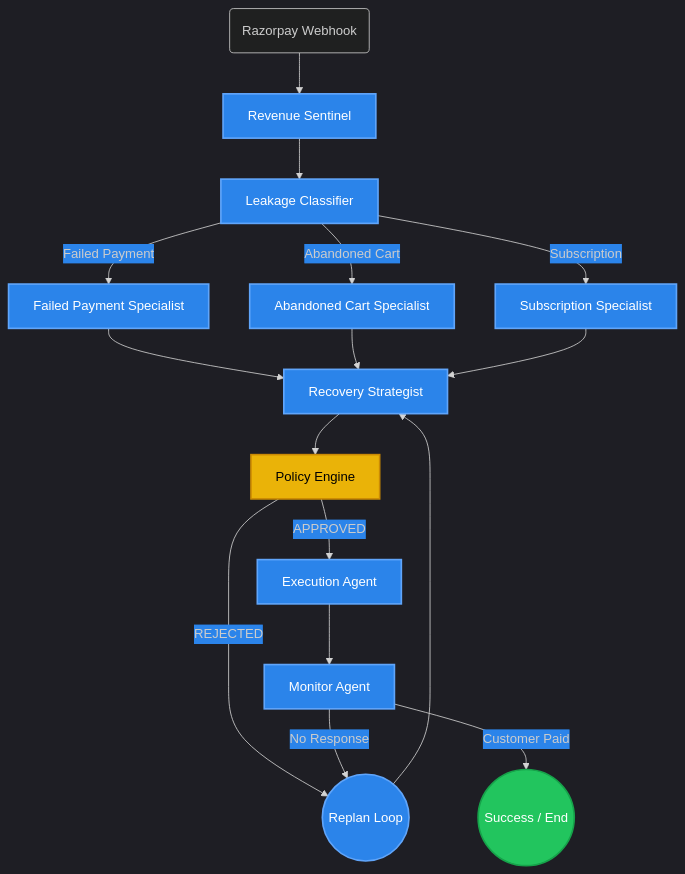
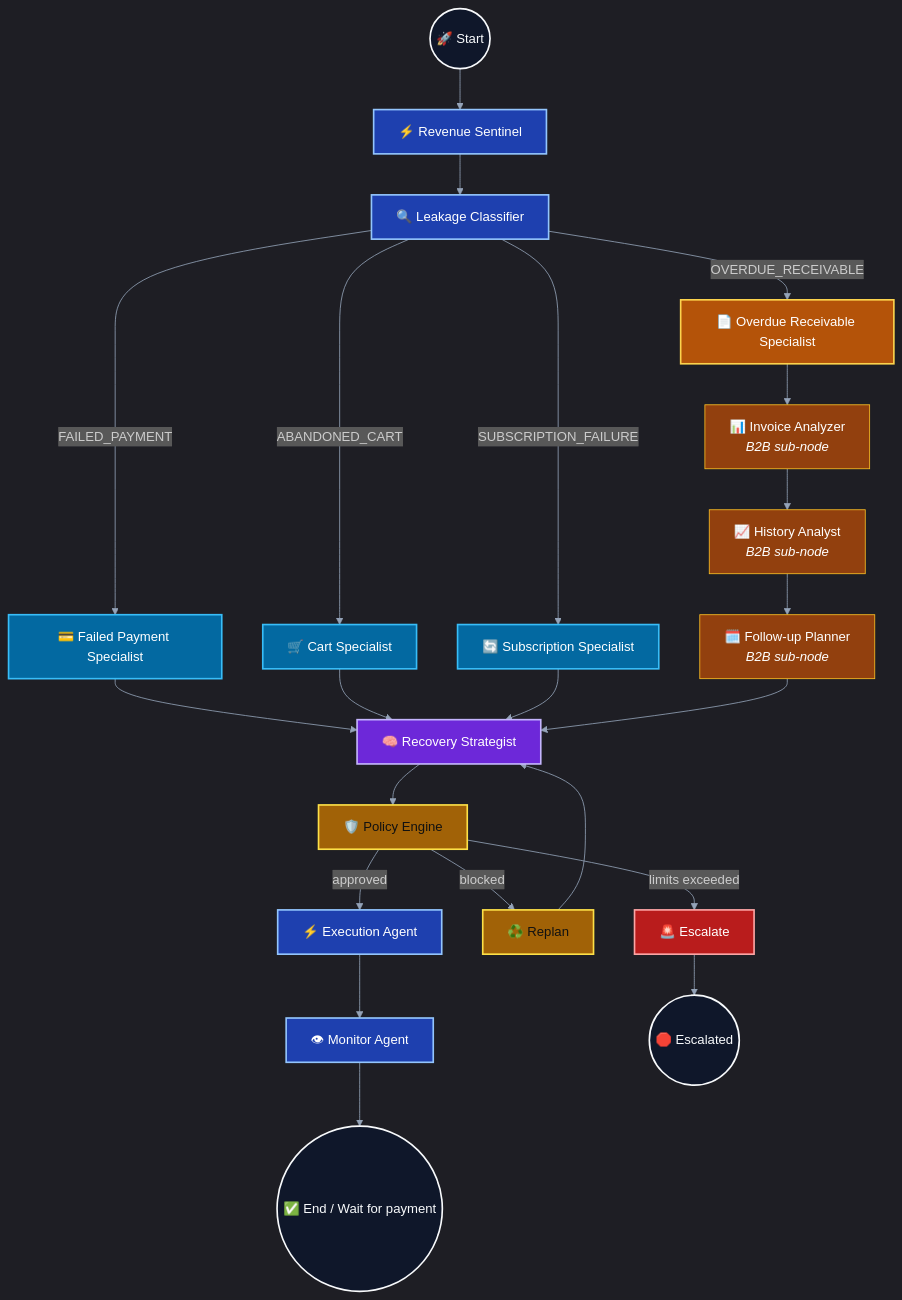
One commit to sanyam-15/Buildathon changed the third of 11 diagrams in README.md. Above: the diagram before and after it, drawn with Mermaid. The commit also changed other lines of this file, not shown here.

````diff
--- a/README.md
+++ b/README.md
@@ -59,30 +148,49 @@
 ```mermaid
-%%{init: {'theme': 'dark', 'themeVariables': { 'fontFamily': 'Inter', 'primaryColor': '#1E293B', 'edgeLabelBackground':'#2B84EA'}}}%%
-graph TD
-    %% Define Classes
-    classDef agents fill:#2B84EA,stroke:#60A5FA,stroke-width:2px,color:#fff
-    classDef policy fill:#EAB308,stroke:#CA8A04,stroke-width:2px,color:#000
-    classDef endnode fill:#22C55E,stroke:#16A34A,stroke-width:2px,color:#fff
+%%{init: {'theme': 'dark', 'themeVariables': { 'fontFamily': 'Segoe UI', 'lineColor': '#94A3B8'}}}%%
+flowchart TB
+  START((🚀 Start)) --> SENT["⚡ Revenue Sentinel"]
+  SENT --> CLASS["🔍 Leakage Classifier"]
 
-    Start(Razorpay Webhook) --> Sent[Revenue Sentinel]:::agents
-    Sent --> Class[Leakage Classifier]:::agents
-    
-    Class -->|Failed Payment| FPS[Failed Payment Specialist]:::agents
-    Class -->|Abandoned Cart| ACS[Abandoned Cart Specialist]:::agents
-    Class -->|Subscription| SS[Subscription Specialist]:::agents
-    
-    FPS --> Strat[Recovery Strategist]:::agents
-    ACS --> Strat
-    SS --> Strat
-    
-    Strat --> Policy[Policy Engine]:::policy
-    
-    Policy -->|REJECTED| Replan((Replan Loop)):::agents
-    Replan --> Strat
-    
-    Policy -->|APPROVED| Exec[Execution Agent]:::agents
-    Exec --> Mon[Monitor Agent]:::agents
-    
-    Mon -->|Customer Paid| Success((Success / End)):::endnode
-    Mon -->|No Response| Replan
+  CLASS -->|FAILED_PAYMENT| FP["💳 Failed Payment Specialist"]
+  CLASS -->|ABANDONED_CART| AC["🛒 Cart Specialist"]
+  CLASS -->|SUBSCRIPTION_FAILURE| SUB["🔄 Subscription Specialist"]
+  CLASS -->|OVERDUE_RECEIVABLE| ORS["📄 Overdue Receivable Specialist"]
+
+  ORS --> INV["📊 Invoice Analyzer<br/><i>B2B sub-node</i>"]
+  INV --> HIST["📈 History Analyst<br/><i>B2B sub-node</i>"]
+  HIST --> PLAN["🗓️ Follow-up Planner<br/><i>B2B sub-node</i>"]
+
+  FP --> STRAT
+  AC --> STRAT
+  SUB --> STRAT
+  PLAN --> STRAT["🧠 Recovery Strategist"]
+
+  STRAT --> POL["🛡️ Policy Engine"]
+  POL -->|approved| EXEC["⚡ Execution Agent"]
+  POL -->|blocked| REPLAN["♻️ Replan"]
+  REPLAN --> STRAT
+  POL -->|limits exceeded| ESC["🚨 Escalate"]
+
+  EXEC --> MON["👁 Monitor Agent"]
+  MON --> END1((✅ End / Wait for payment))
+  ESC --> END2((🛑 Escalated))
+
+  classDef start fill:#0F172A,stroke:#F8FAFC,color:#F8FAFC,stroke-width:2px
+  classDef shared fill:#1E40AF,stroke:#93C5FD,color:#FFF,stroke-width:2px
+  classDef b2c fill:#0369A1,stroke:#38BDF8,color:#FFF,stroke-width:2px
+  classDef b2b fill:#B45309,stroke:#FCD34D,color:#FFF,stroke-width:2px
+  classDef sub fill:#92400E,stroke:#FBBF24,color:#FFF,stroke-width:1px
+  classDef ai fill:#6D28D9,stroke:#C4B5FD,color:#FFF,stroke-width:2px
+  classDef guard fill:#A16207,stroke:#FDE047,color:#111,stroke-width:2px
+  classDef endn fill:#15803D,stroke:#86EFAC,color:#FFF,stroke-width:2px
+  classDef danger fill:#B91C1C,stroke:#FCA5A5,color:#FFF,stroke-width:2px
+
+  class START,END1,END2 start
+  class SENT,CLASS,EXEC,MON shared
+  class FP,AC,SUB b2c
+  class ORS b2b
+  class INV,HIST,PLAN sub
+  class STRAT ai
+  class POL,REPLAN guard
+  class ESC danger
 ```
````
